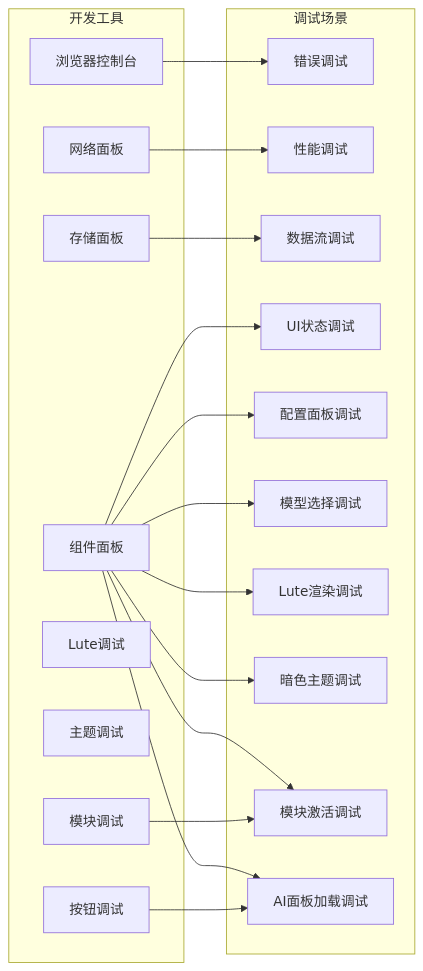
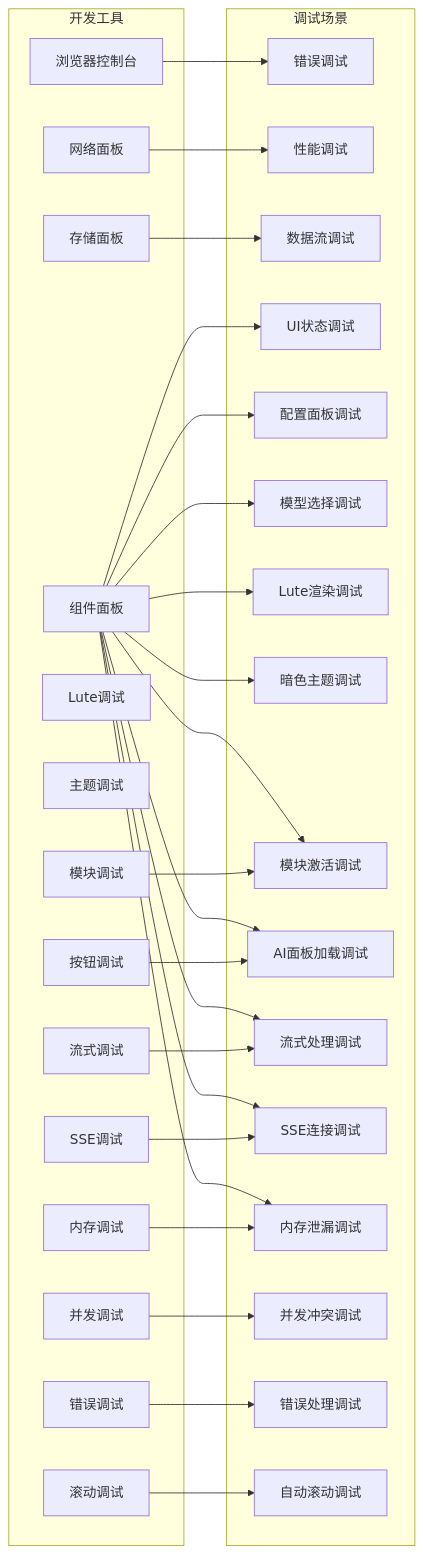
One commit to terwer/siyuan-plugin-blog changed diagram 48 of 48 in .qoder/repowiki/zh/content/核心功能/AI助手系统.md. Above: the diagram before and after it, drawn with Mermaid. The commit also changed other lines of this file and 3 other files, not shown here.

````diff
--- a/.qoder/repowiki/zh/content/核心功能/AI助手系统.md
+++ b/.qoder/repowiki/zh/content/核心功能/AI助手系统.md
@@ -1308,37 +1764,58 @@
 ```mermaid
 flowchart LR
 subgraph "开发工具"
 Console[浏览器控制台]
 Network[网络面板]
 Storage[存储面板]
 Components[组件面板]
 LuteDebug[Lute调试]
 ThemeDebug[主题调试]
 ModuleDebug[模块调试]
 ButtonDebug[按钮调试]
+StreamDebug[流式调试]
+SSEDebug[SSE调试]
+MemoryDebug[内存调试]
+ConcurrencyDebug[并发调试]
+ErrorDebug[错误调试]
+ScrollDebug[滚动调试]
 end
 subgraph "调试场景"
 Error[错误调试]
 Performance[性能调试]
 DataFlow[数据流调试]
 UIState[UI状态调试]
 ConfigPanel[配置面板调试]
 ModelSelection[模型选择调试]
 LuteRendering[Lute渲染调试]
 DarkTheme[暗色主题调试]
 ModuleActivation[模块激活调试]
 AIPanelLoading[AI面板加载调试]
+StreamProcessing[流式处理调试]
+SSEConnection[SSE连接调试]
+MemoryLeak[内存泄漏调试]
+ConcurrencyConflict[并发冲突调试]
+ErrorHandling[错误处理调试]
+AutoScroll[自动滚动调试]
 end
 Console --> Error
 Network --> Performance
 Storage --> DataFlow
 Components --> UIState
 Components --> ConfigPanel
 Components --> ModelSelection
 Components --> LuteRendering
 Components --> DarkTheme
 Components --> ModuleActivation
 Components --> AIPanelLoading
+Components --> StreamProcessing
+Components --> SSEConnection
+Components --> MemoryLeak
 ModuleDebug --> ModuleActivation
 ButtonDebug --> AIPanelLoading
+StreamDebug --> StreamProcessing
+SSEDebug --> SSEConnection
+MemoryDebug --> MemoryLeak
+ConcurrencyDebug --> ConcurrencyConflict
+ErrorDebug --> ErrorHandling
+ScrollDebug --> AutoScroll
 ```
````
